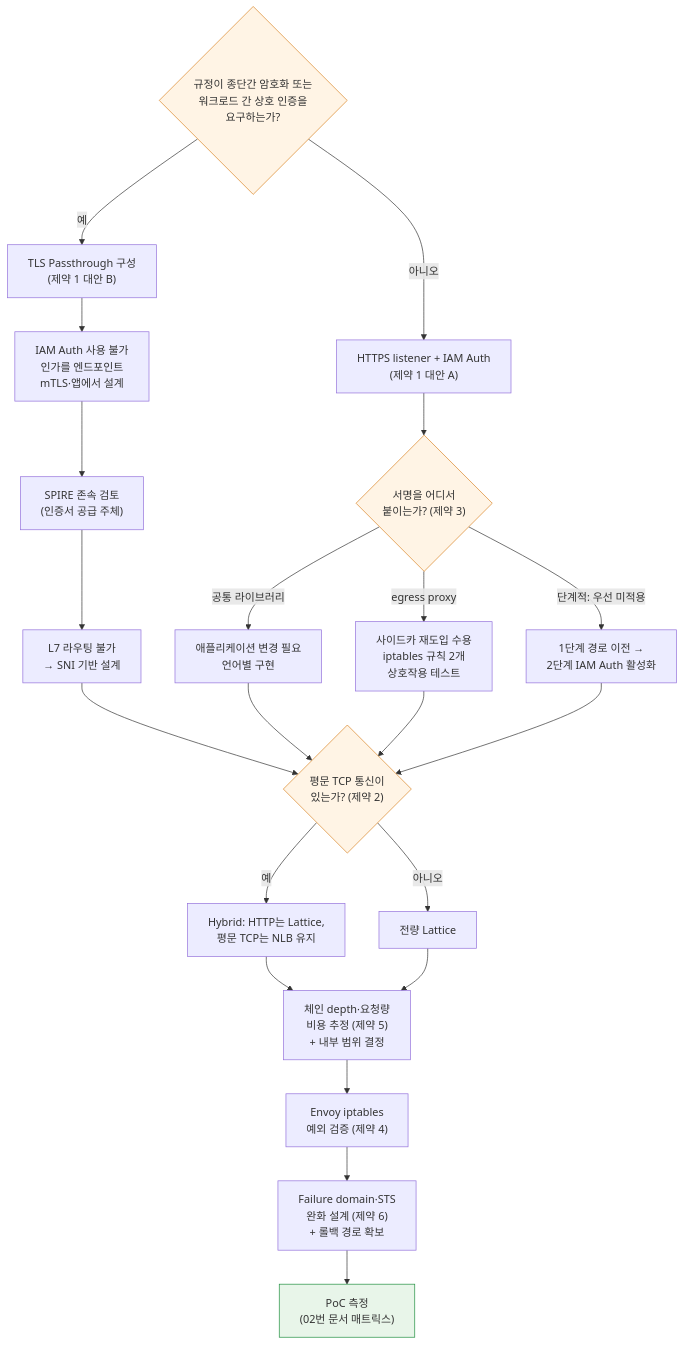
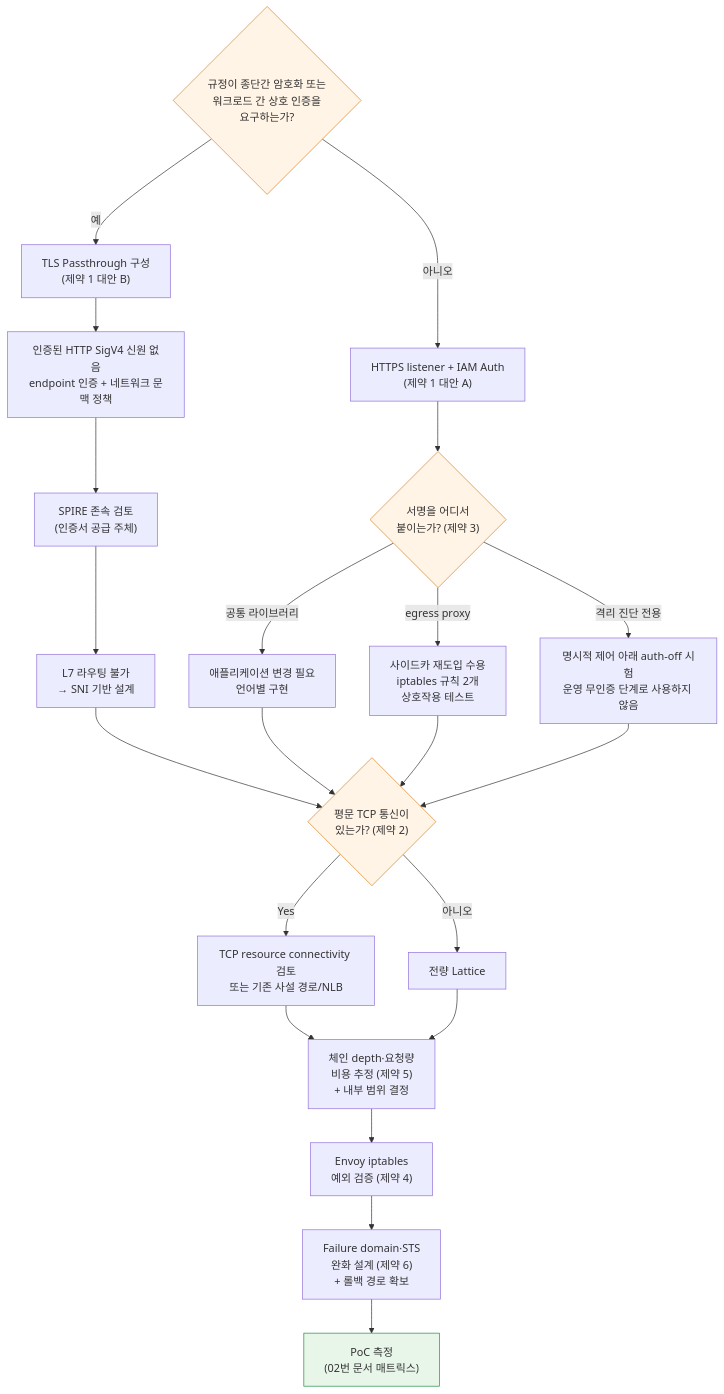
The diagram in ko/service-mesh/vpc-lattice/06-constraints.md (Atom-oh/kubernetes-docs), drawn with Mermaid before and after one commit. The commit also changed other lines of this file and 62 other files, not shown here.

````diff
--- a/ko/service-mesh/vpc-lattice/06-constraints.md
+++ b/ko/service-mesh/vpc-lattice/06-constraints.md
@@ -245,34 +239,34 @@
 ```mermaid
 graph TD
     Q1{"규정이 종단간 암호화 또는<br/>워크로드 간 상호 인증을<br/>요구하는가?"}
     Q1 -->|"예"| B["TLS Passthrough 구성<br/>(제약 1 대안 B)"]
     Q1 -->|"아니오"| A["HTTPS listener + IAM Auth<br/>(제약 1 대안 A)"]
 
-    B --> B1["IAM Auth 사용 불가<br/>인가를 엔드포인트<br/>mTLS·앱에서 설계"]
+    B --> B1["인증된 HTTP SigV4 신원 없음<br/>endpoint 인증 + 네트워크 문맥 정책"]
     B1 --> B2["SPIRE 존속 검토<br/>(인증서 공급 주체)"]
     B2 --> B3["L7 라우팅 불가<br/>→ SNI 기반 설계"]
 
     A --> A1{"서명을 어디서<br/>붙이는가? (제약 3)"}
     A1 -->|"공통 라이브러리"| A2["애플리케이션 변경 필요<br/>언어별 구현"]
     A1 -->|"egress proxy"| A3["사이드카 재도입 수용<br/>iptables 규칙 2개<br/>상호작용 테스트"]
-    A1 -->|"단계적: 우선 미적용"| A4["1단계 경로 이전 →<br/>2단계 IAM Auth 활성화"]
+    A1 -->|"격리 진단 전용"| A4["명시적 제어 아래 auth-off 시험<br/>운영 무인증 단계로 사용하지 않음"]
 
     B3 --> C{"평문 TCP 통신이<br/>있는가? (제약 2)"}
     A2 --> C
     A3 --> C
     A4 --> C
 
-    C -->|"예"| C1["Hybrid: HTTP는 Lattice,<br/>평문 TCP는 NLB 유지"]
+    C -->|"Yes"| C1["TCP resource connectivity 검토<br/>또는 기존 사설 경로/NLB"]
     C -->|"아니오"| C2["전량 Lattice"]
 
     C1 --> D["체인 depth·요청량<br/>비용 추정 (제약 5)<br/>+ 내부 범위 결정"]
     C2 --> D
     D --> E["Envoy iptables<br/>예외 검증 (제약 4)"]
     E --> F["Failure domain·STS<br/>완화 설계 (제약 6)<br/>+ 롤백 경로 확보"]
     F --> G["PoC 측정<br/>(02번 문서 매트릭스)"]
 
     style Q1 fill:#fff4e5,stroke:#d98324
     style A1 fill:#fff4e5,stroke:#d98324
     style C fill:#fff4e5,stroke:#d98324
     style G fill:#e8f5e9,stroke:#1e8e3e
 ```
````
